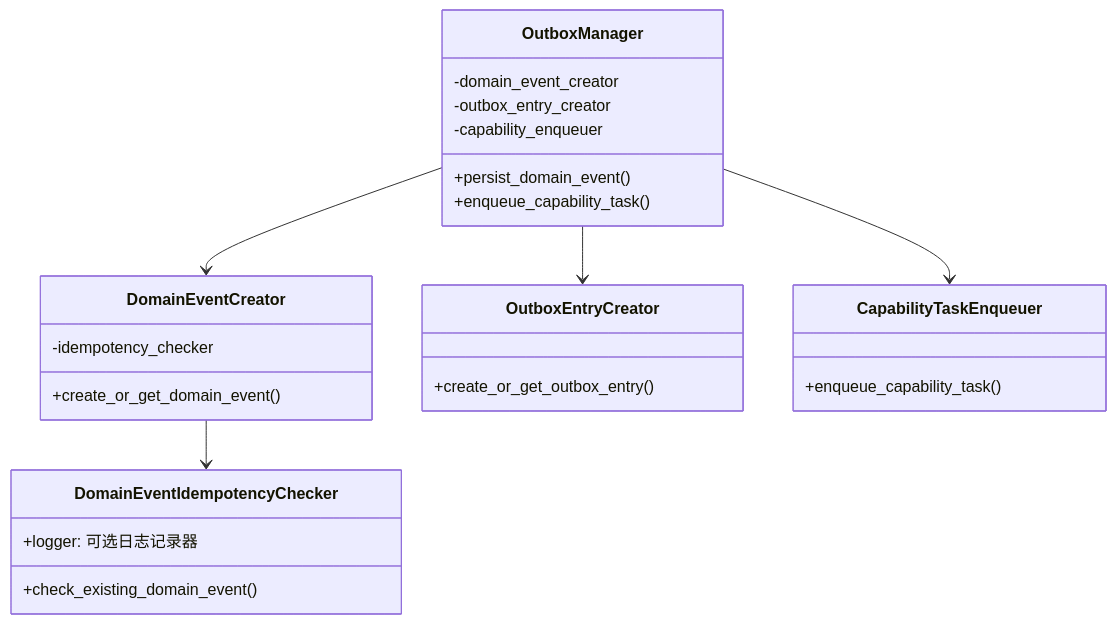
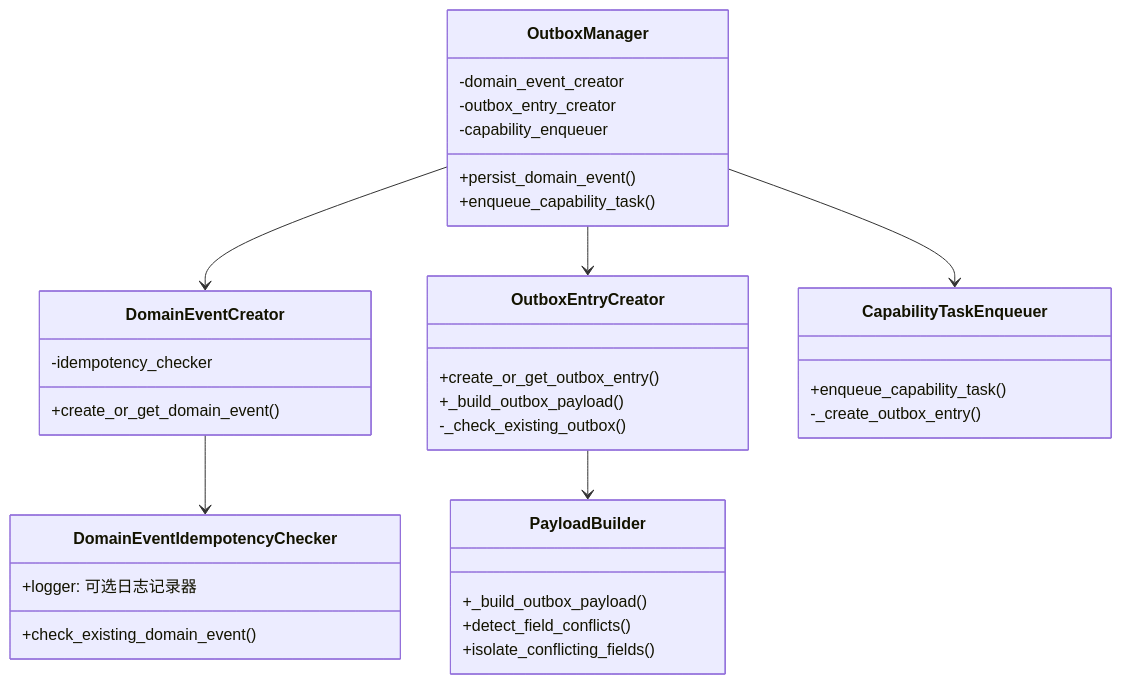
One commit to zhiyue/infinite-scribe changed diagram 16 of 45 in apps/backend/src/agents/orchestrator/README.md. Above: the diagram before and after it, drawn with Mermaid. The commit also changed other lines of this file, not shown here.

````diff
--- a/apps/backend/src/agents/orchestrator/README.md
+++ b/apps/backend/src/agents/orchestrator/README.md
@@ -707,33 +823,43 @@
 ```mermaid
 classDiagram
     class OutboxManager {
         +persist_domain_event()
         +enqueue_capability_task()
         -domain_event_creator
         -outbox_entry_creator
         -capability_enqueuer
     }
     
     class DomainEventCreator {
         +create_or_get_domain_event()
         -idempotency_checker
     }
     
     class OutboxEntryCreator {
         +create_or_get_outbox_entry()
+        +_build_outbox_payload()
+        -_check_existing_outbox()
     }
     
     class CapabilityTaskEnqueuer {
         +enqueue_capability_task()
+        -_create_outbox_entry()
     }
     
     class DomainEventIdempotencyChecker {
         +check_existing_domain_event()
         +logger: 可选日志记录器
     }
     
+    class PayloadBuilder {
+        +_build_outbox_payload()
+        +detect_field_conflicts()
+        +isolate_conflicting_fields()
+    }
+    
     OutboxManager --> DomainEventCreator
     OutboxManager --> OutboxEntryCreator
     OutboxManager --> CapabilityTaskEnqueuer
     DomainEventCreator --> DomainEventIdempotencyChecker
+    OutboxEntryCreator --> PayloadBuilder
 ```
````
